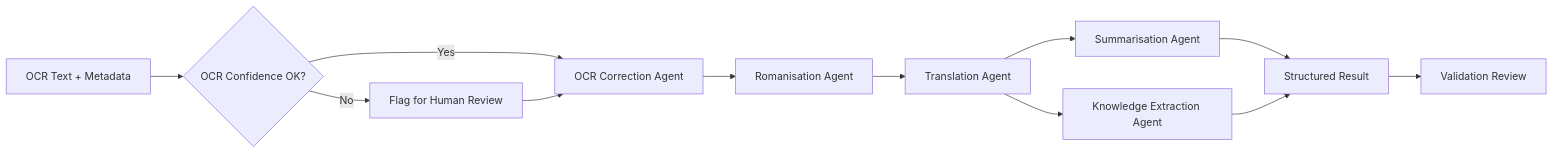
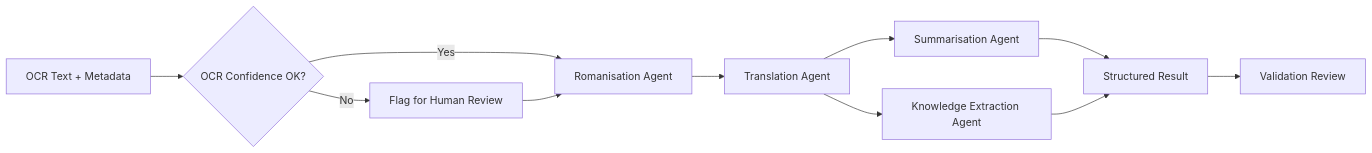
One commit to d33ppo/Multi-Agent-Framework-for-Classical-Malay changed the second of 3 diagrams in docs/SAD.md. Above: the diagram before and after it, drawn with Mermaid. The commit also changed other lines of this file and 20 other files, not shown here.

````diff
--- a/docs/SAD.md
+++ b/docs/SAD.md
@@ -46,14 +45,13 @@
 ```mermaid
 flowchart LR
     A[OCR Text + Metadata] --> B{OCR Confidence OK?}
     B -- No --> C[Flag for Human Review]
-    B -- Yes --> D[OCR Correction Agent]
-    C --> D
-    D --> E[Romanisation Agent]
+    B -- Yes --> E[Romanisation Agent]
+    C --> E
     E --> F[Translation Agent]
     F --> G[Summarisation Agent]
     F --> H[Knowledge Extraction Agent]
     G --> I[Structured Result]
     H --> I
     I --> J[Validation Review]
 ```
````
